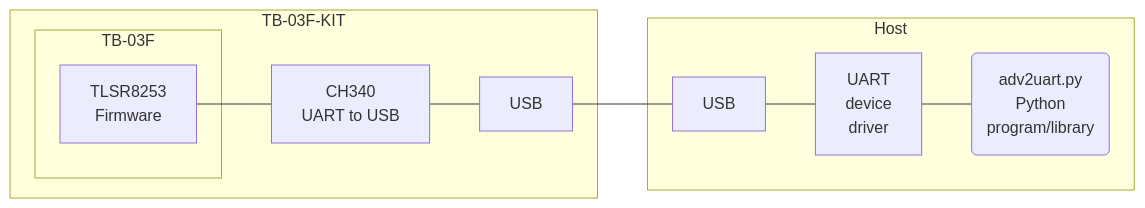
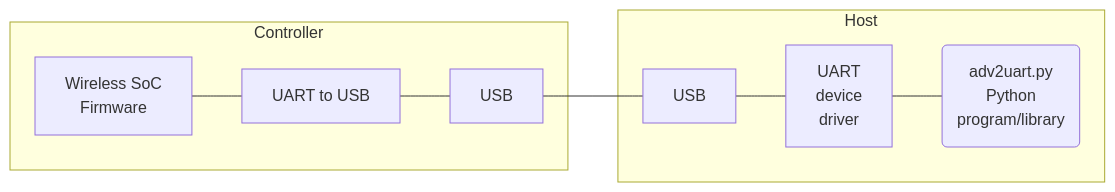
The diagram in README.md (pvvx/ADV_BLE2UART), drawn with Mermaid before and after one commit. The commit also changed other lines of this file and 4 other files, not shown here.

````diff
--- a/README.md
+++ b/README.md
@@ -5,22 +5,20 @@
 ```mermaid
 %%{init: {"flowchart": {"htmlLabels": false}} }%%
 flowchart LR;
 
-subgraph TLSR825x["TB-03F-KIT"]
-subgraph TB-03F
-Firmware["TLSR8253\nFirmware"]
-end
+subgraph Controller
+Firmware["Wireless SoC\nFirmware"]
 
-CH340["CH340\nUART to USB"]
+UartInterface["UART to USB"]
 USBD["USB"]
 end
 
 subgraph Host
 USBH["USB"]
 UART["UART\ndevice\ndriver"]
 adv2uart("adv2uart.py\nPython\nprogram/library")
 end
 
 
-Firmware --- CH340 --- USBD --- USBH --- UART --- adv2uart
+Firmware --- UartInterface --- USBD --- USBH --- UART --- adv2uart
 ```
````
